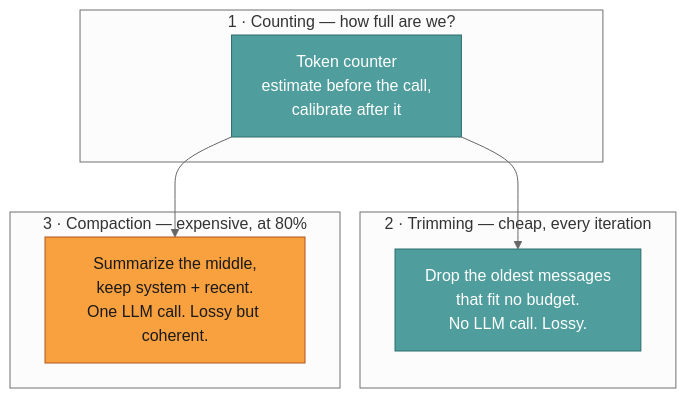
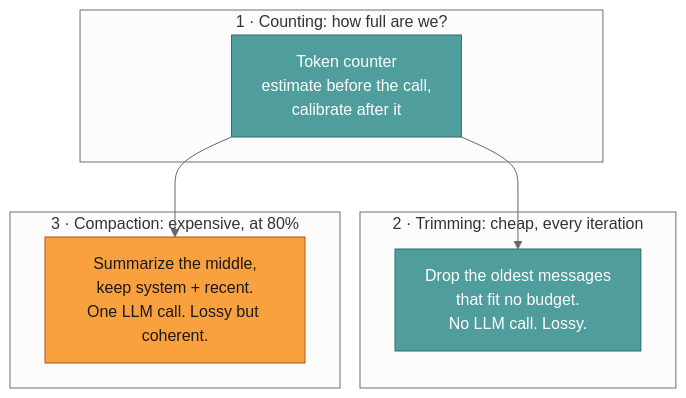
Before and after one commit to lvndry/jazz: the first of 4 diagrams in docs/maintainers/context-lifecycle.md, drawn with Mermaid (neutral theme). The commit also changed other lines of this file and 28 other files, not shown here.

````diff
--- a/docs/maintainers/context-lifecycle.md
+++ b/docs/maintainers/context-lifecycle.md
@@ -24,22 +24,22 @@
 ```mermaid
 flowchart TB
-    subgraph counting["1 · Counting — how full are we?"]
+    subgraph counting["1 · Counting: how full are we?"]
         TC["Token counter<br/>estimate before the call,<br/>calibrate after it"]
     end
 
-    subgraph trimming["2 · Trimming — cheap, every iteration"]
+    subgraph trimming["2 · Trimming: cheap, every iteration"]
         TR["Drop the oldest messages<br/>that fit no budget.<br/>No LLM call. Lossy."]
     end
 
-    subgraph compaction["3 · Compaction — expensive, at 80%"]
+    subgraph compaction["3 · Compaction: expensive, at 80%"]
         CO["Summarize the middle,<br/>keep system + recent.<br/>One LLM call. Lossy but coherent."]
     end
 
     TC --> TR
     TC --> CO
 
     classDef cheap fill:#4f9d9d,stroke:#2f6d6d,color:#ffffff
     classDef pricey fill:#f9a03f,stroke:#b3541e,color:#1a1a1a
     class TC,TR cheap
     class CO pricey
 ```
````
